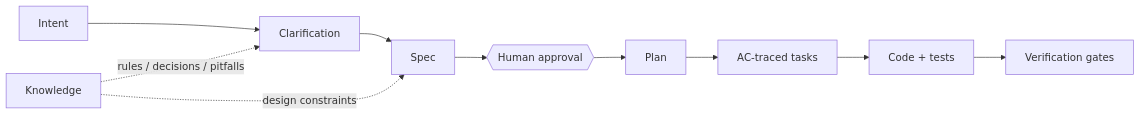
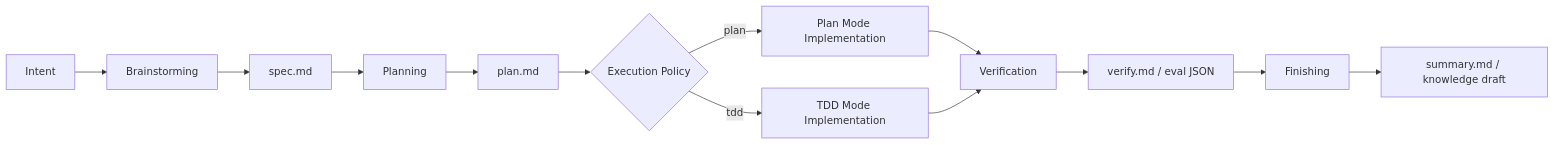
The diagram in docs/wiki/sdd.md (Spadex/halo), drawn with Mermaid before and after one commit. The commit also changed other lines of this file and 28 other files, not shown here.

````diff
--- a/docs/wiki/sdd.md
+++ b/docs/wiki/sdd.md
@@ -17,13 +88,15 @@
 ```mermaid
 flowchart LR
-    I["Intent"] --> C["Clarification"]
-    C --> S["Spec"]
-    S --> G{{"Human approval"}}
-    G --> P["Plan"]
-    P --> T["AC-traced tasks"]
-    T --> Code["Code + tests"]
-    Code --> V["Verification gates"]
-
-    K["Knowledge"] -. "rules / decisions / pitfalls" .-> C
-    K -. "design constraints" .-> S
+    A["Intent"] --> B["Brainstorming"]
+    B --> C["spec.md"]
+    C --> D["Planning"]
+    D --> E["plan.md"]
+    E --> F{"Execution Policy"}
+    F -->|"plan"| G["Plan Mode Implementation"]
+    F -->|"tdd"| H["TDD Mode Implementation"]
+    G --> I["Verification"]
+    H --> I
+    I --> J["verify.md / eval JSON"]
+    J --> K["Finishing"]
+    K --> L["summary.md / knowledge draft"]
 ```
````
